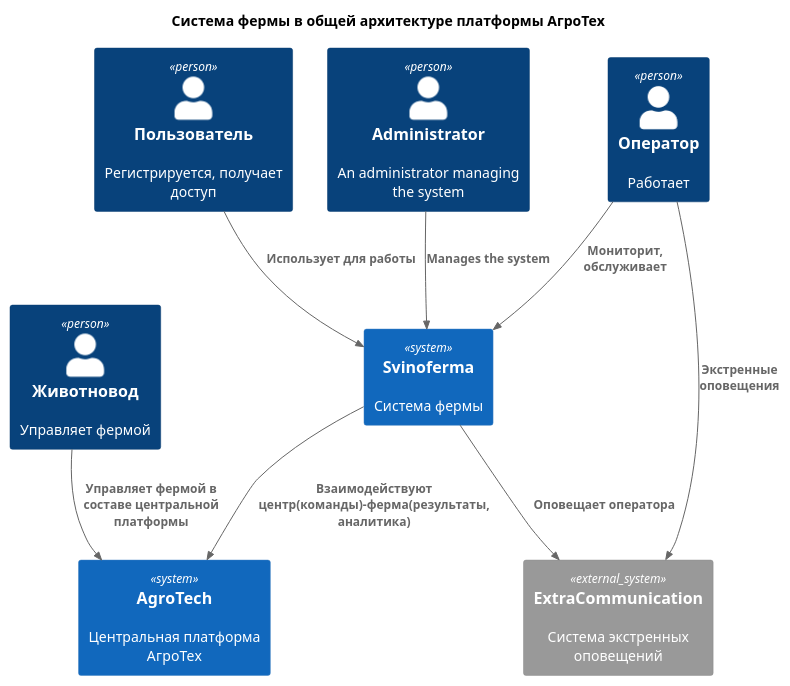
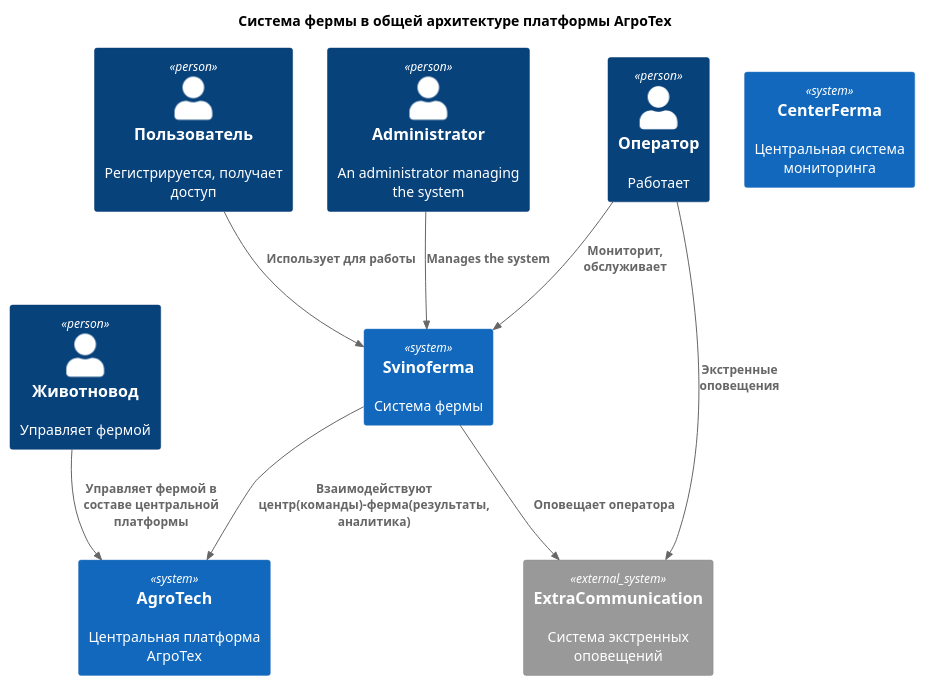
Before and after one commit to IvanVerba/MSA-AgroTech: the diagram in Task1/Context1.puml, drawn with PlantUML.

Commit message:
Task1: январский Context1

```diff
--- a/Task1/Context1.puml
+++ b/Task1/Context1.puml
@@ -1,25 +1,26 @@
 @startuml
 title Ferma Context Diagram
 
 top to bottom direction
 
 !includeurl https://raw.githubusercontent.com/RicardoNiepel/C4-PlantUML/master/C4_Component.puml
 
   title Система фермы в общей архитектуре платформы АгроТех
 
   Person(user, "Пользователь", "Регистрируется, получает доступ")
   Person(operator, "Оператор", "Работает")
   Person(admin, "Administrator", "An administrator managing the system")
   Person(mainuser, "Животновод", "Управляет фермой")
   System(ferma, "Svinoferma", "Система фермы")
+  System(center_ferma, "CenterFerma", "Центральная система мониторинга")
   System(agro_tech, "AgroTech", "Центральная платформа АгроТех")
   System_Ext(extr_comm, "ExtraCommunication", "Система экстренных оповещений")
   Rel(user, ferma, "Использует для работы")
   Rel(operator, ferma, "Мониторит, обслуживает")
   Rel(operator, extr_comm, "Экстренные оповещения")
   Rel(admin,ferma,"Manages the system")
   Rel(ferma,extr_comm,"Оповещает оператора")
   Rel(mainuser,agro_tech,"Управляет фермой в составе центральной платформы")
   Rel(ferma,agro_tech,"Взаимодействуют центр(команды)-ферма(результаты, аналитика)")
 
 @enduml
```
